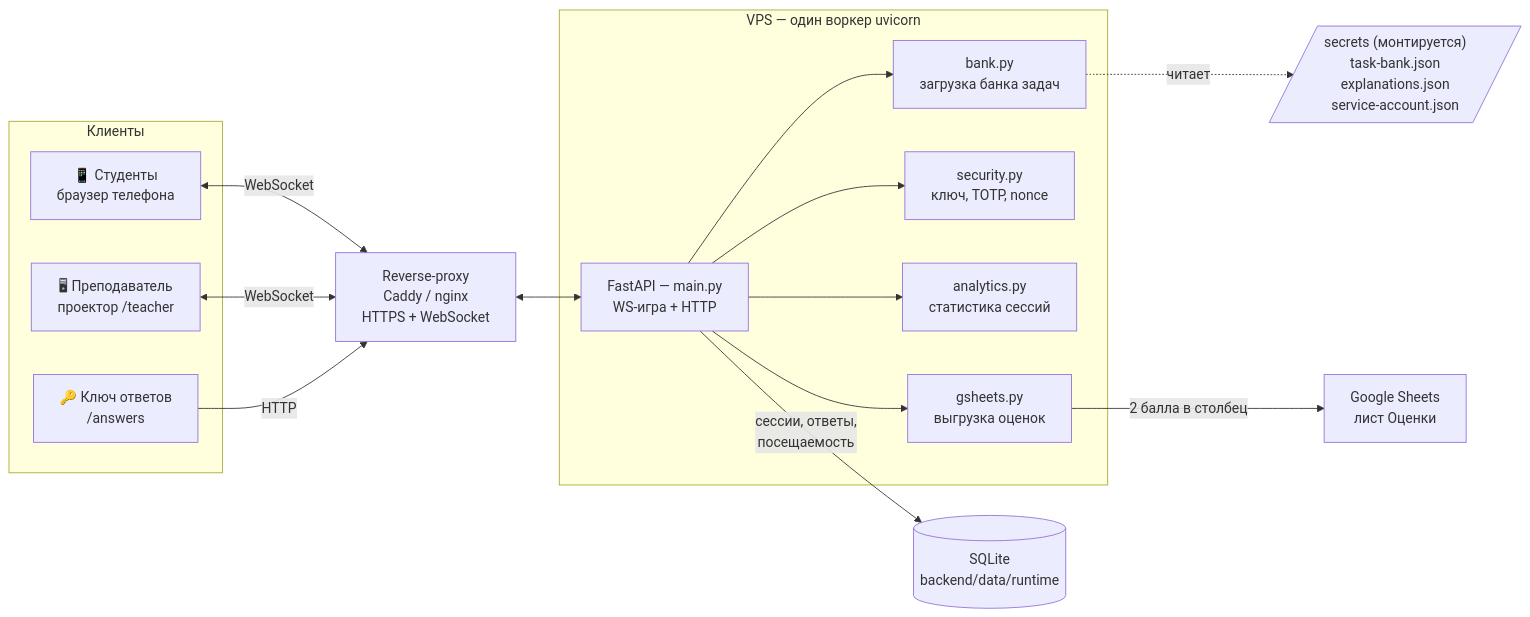
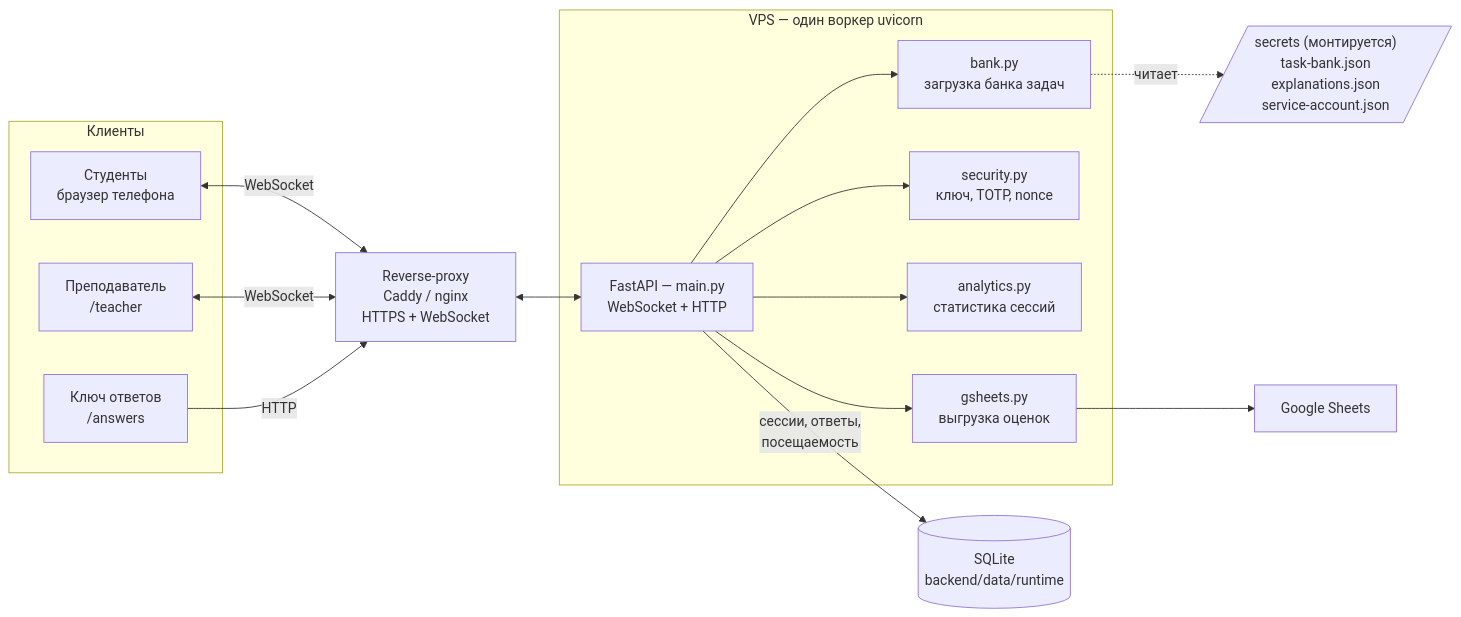
The diagram in README.md (21astroboy/Algoclimb), drawn with Mermaid before and after one commit. The commit also changed other lines of this file, not shown here.

Commit message:
docs: переписать README в документационном стиле, добавить раздел API

````diff
--- a/README.md
+++ b/README.md
@@ -13,34 +15,34 @@
 ```mermaid
 flowchart LR
     subgraph clients["Клиенты"]
-        S["📱 Студенты<br/>браузер телефона"]
-        T["🖥 Преподаватель<br/>проектор /teacher"]
-        A["🔑 Ключ ответов<br/>/answers"]
+        S["Студенты<br/>браузер телефона"]
+        T["Преподаватель<br/>/teacher"]
+        A["Ключ ответов<br/>/answers"]
     end
 
     RP["Reverse-proxy<br/>Caddy / nginx<br/>HTTPS + WebSocket"]
 
     subgraph server["VPS — один воркер uvicorn"]
-        APP["FastAPI — main.py<br/>WS-игра + HTTP"]
+        APP["FastAPI — main.py<br/>WebSocket + HTTP"]
         BANK["bank.py<br/>загрузка банка задач"]
         SEC["security.py<br/>ключ, TOTP, nonce"]
         AN["analytics.py<br/>статистика сессий"]
         GS["gsheets.py<br/>выгрузка оценок"]
     end
 
     DB[("SQLite<br/>backend/data/runtime")]
     SECRETS[/"secrets (монтируется)<br/>task-bank.json<br/>explanations.json<br/>service-account.json"/]
-    SHEETS["Google Sheets<br/>лист Оценки"]
+    SHEETS["Google Sheets"]
 
     S <-->|WebSocket| RP
     T <-->|WebSocket| RP
     A -->|HTTP| RP
     RP <--> APP
     APP --> BANK
     APP --> SEC
     APP --> AN
     APP --> GS
     BANK -.читает.-> SECRETS
     APP -->|"сессии, ответы,<br/>посещаемость"| DB
-    GS -->|"2 балла в столбец"| SHEETS
+    GS --> SHEETS
 ```
````
